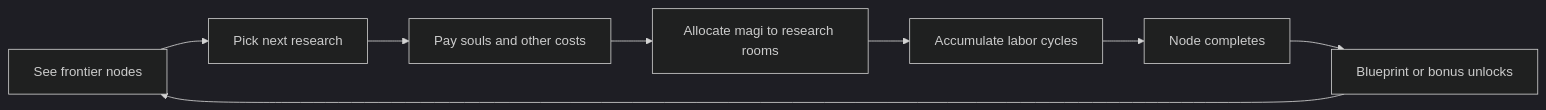
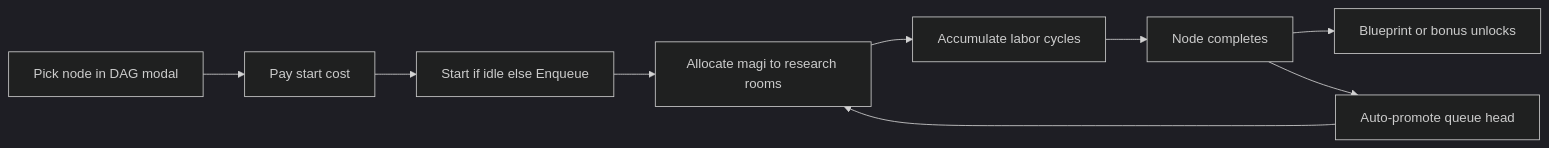
One commit to katerberg/wizard-tower-builder changed the first of 2 diagrams in docs/RESEARCH.md. Above: the diagram before and after it, drawn with Mermaid (dark theme). The commit also changed other lines of this file and 18 other files, not shown here.

First line of the commit message:
Add research DAG modal with paid queue and cancel refunds.

````diff
--- a/docs/RESEARCH.md
+++ b/docs/RESEARCH.md
@@ -84,12 +86,14 @@
 ```mermaid
 flowchart LR
-  frontier[See frontier nodes]
-  pick[Pick next research]
-  pay[Pay souls and other costs]
+  pick[Pick node in DAG modal]
+  pay[Pay start cost]
+  activeOrQueue[Start if idle else Enqueue]
   allocate[Allocate magi to research rooms]
   progress[Accumulate labor cycles]
   complete[Node completes]
+  promote[Auto-promote queue head]
   unlock[Blueprint or bonus unlocks]
-  frontier --> pick --> pay --> allocate --> progress --> complete --> unlock
-  unlock --> frontier
+  pick --> pay --> activeOrQueue --> allocate --> progress --> complete --> unlock
+  complete --> promote
+  promote --> allocate
 ```
````
